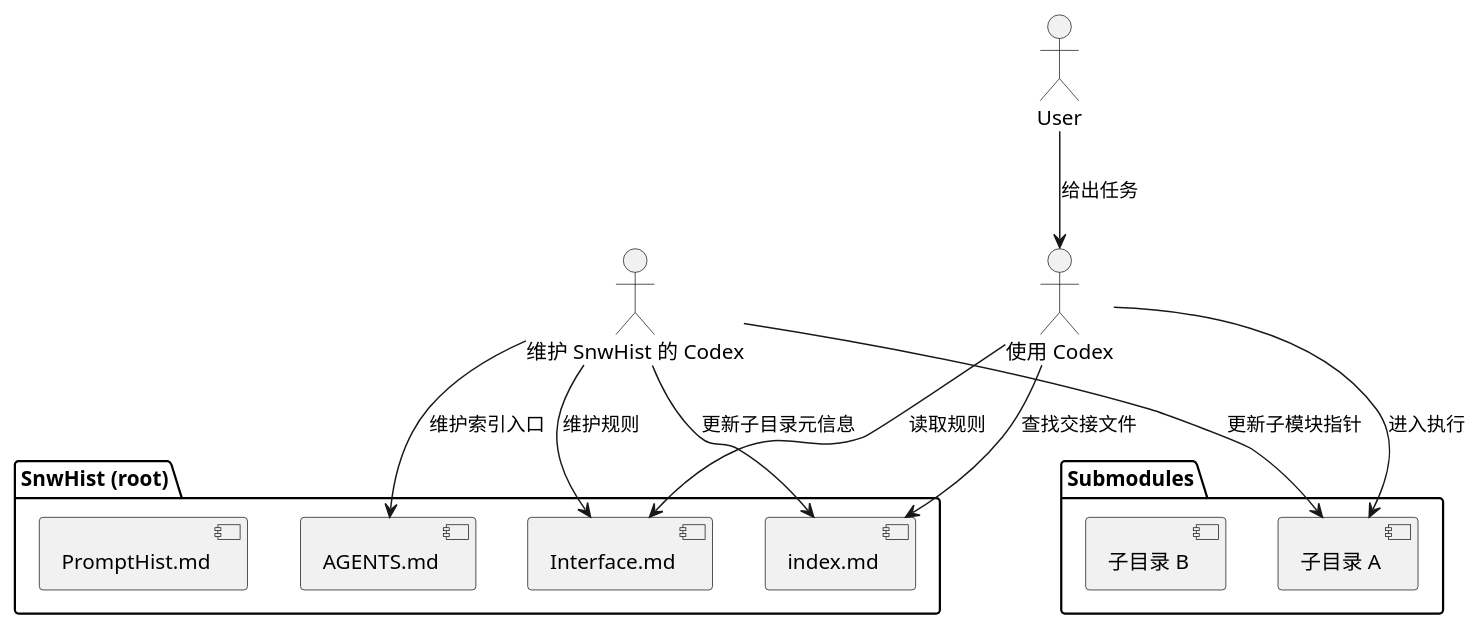
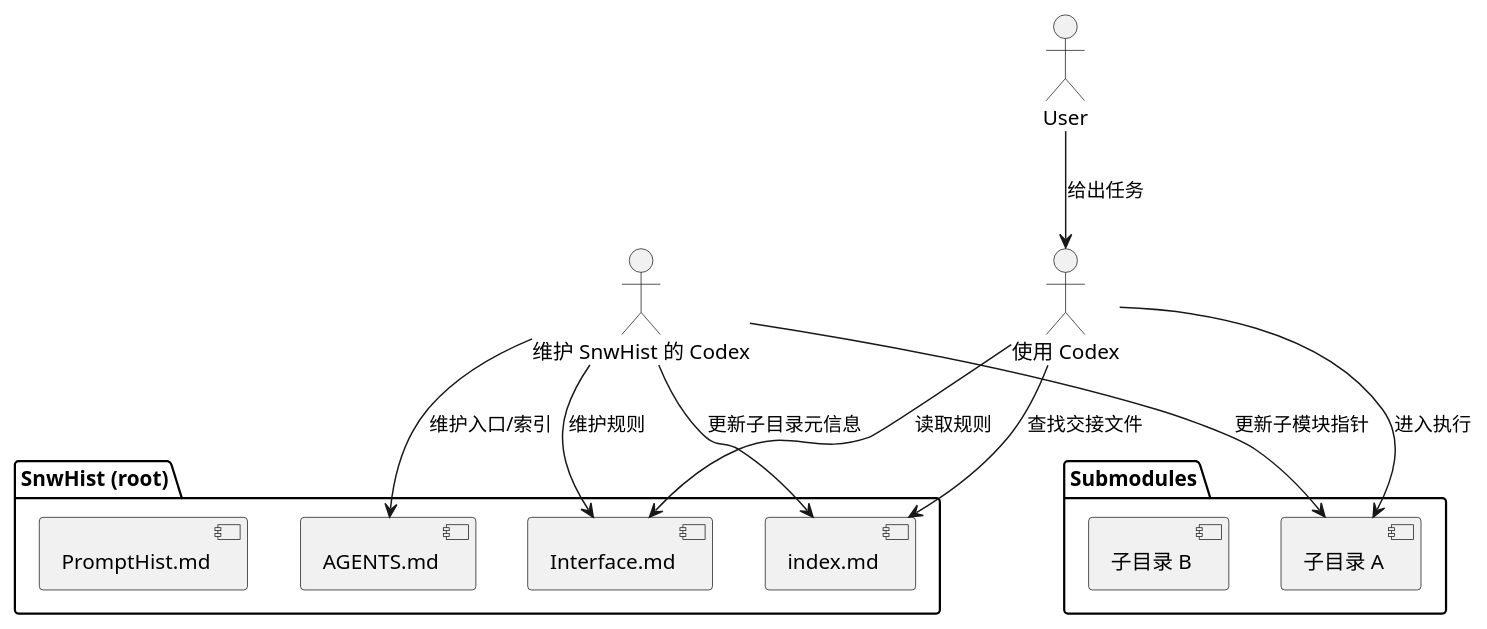
One commit to ShengNW/SnwHist changed the diagram in vision.md. Above: the diagram before and after it, drawn with PlantUML. The commit also changed 4 other files, not shown here.

````diff
--- a/vision.md
+++ b/vision.md
@@ -24,34 +24,34 @@
 ```plantuml
 @startuml
 skinparam backgroundColor #FFFFFF
 skinparam shadowing false
 skinparam defaultTextAlignment center
 
 actor User as U
 actor "使用 Codex" as UC
 actor "维护 SnwHist 的 Codex" as MC
 
 package "SnwHist (root)" {
   [Interface.md]
   [index.md]
   [AGENTS.md]
   [PromptHist.md]
 }
 
 package "Submodules" {
   [子目录 A]
   [子目录 B]
 }
 
 U --> UC : 给出任务
 UC --> [Interface.md] : 读取规则
 UC --> [index.md] : 查找交接文件
 UC --> [子目录 A] : 进入执行
 
-MC --> [AGENTS.md] : 维护索引入口
+MC --> [AGENTS.md] : 维护入口/索引
 MC --> [Interface.md] : 维护规则
 MC --> [index.md] : 更新子目录元信息
 MC --> [子目录 A] : 更新子模块指针
 
 @enduml
 ```
````
